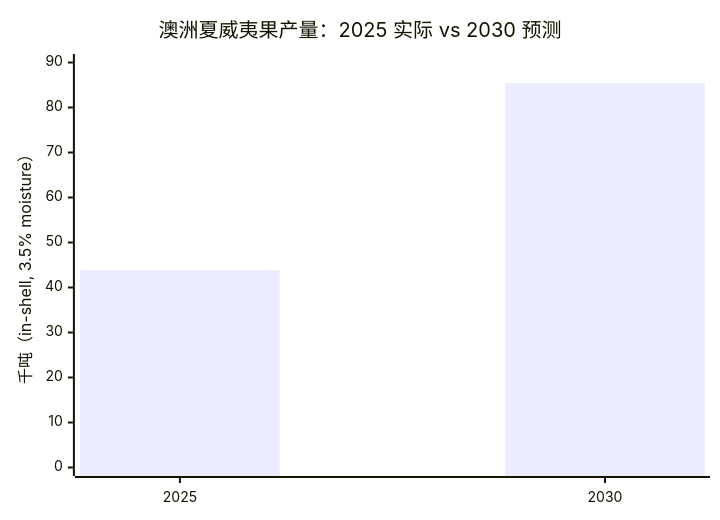
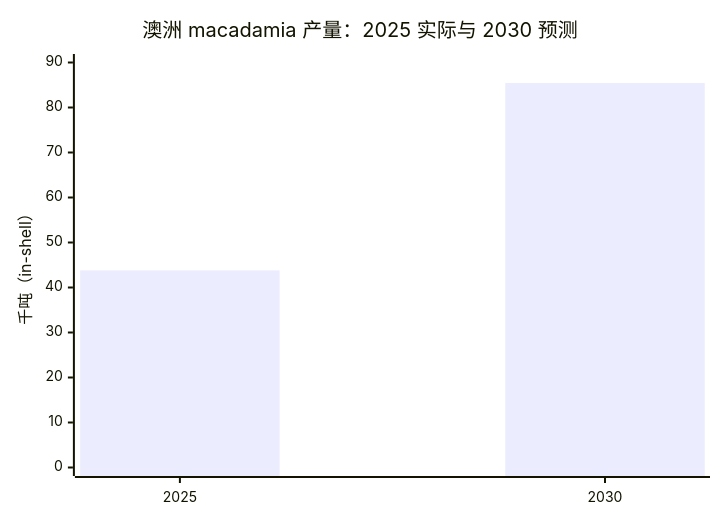
Before and after one commit to maxstillwell/obsidian: the first of 2 diagrams in 20_Knowledge/澳洲坚果/夏威夷果行业.md, drawn with Mermaid. The commit also changed other lines of this file and 1 other file, not shown here.

````diff
--- a/20_Knowledge/澳洲坚果/夏威夷果行业.md
+++ b/20_Knowledge/澳洲坚果/夏威夷果行业.md
@@ -120,7 +61,7 @@
 ```mermaid
 xychart-beta
-  title "澳洲夏威夷果产量：2025 实际 vs 2030 预测"
+  title "澳洲 macadamia 产量：2025 实际与 2030 预测"
   x-axis ["2025", "2030"]
-  y-axis "千吨（in-shell, 3.5% moisture）" 0 --> 90
+  y-axis "千吨（in-shell）" 0 --> 90
   bar [43.8, 85.44]
 ```
````
